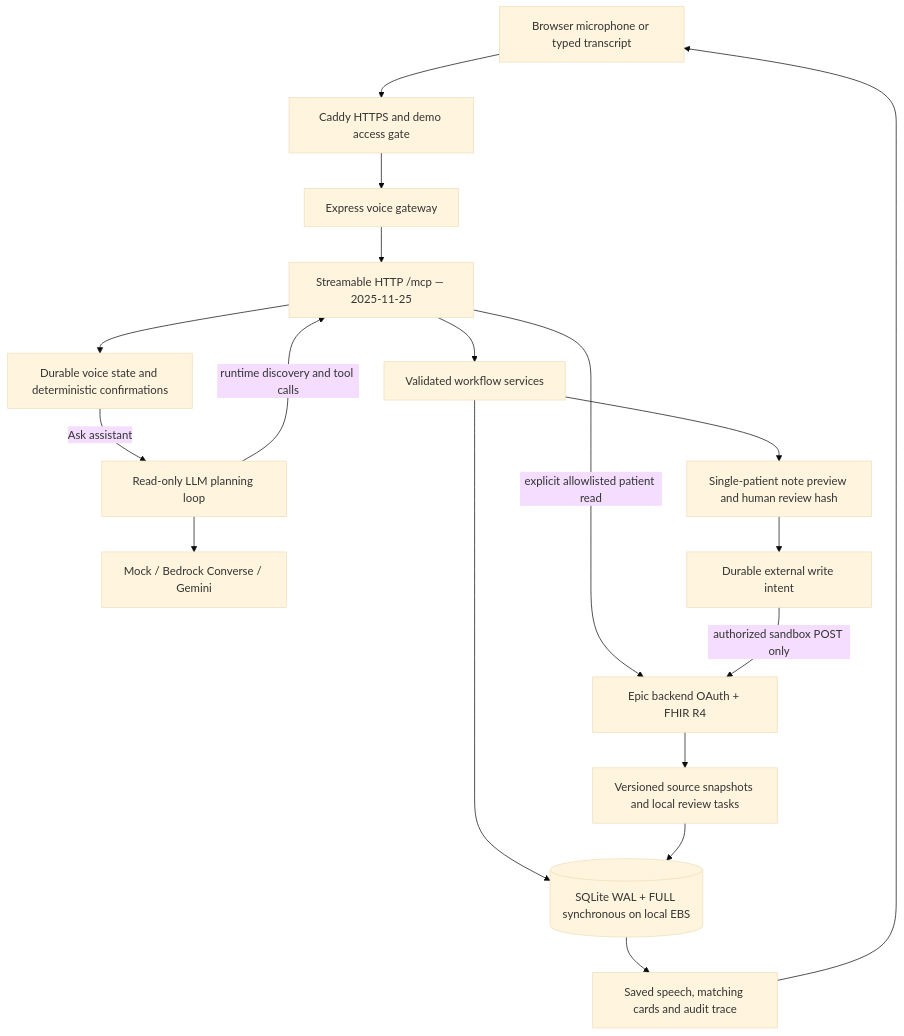
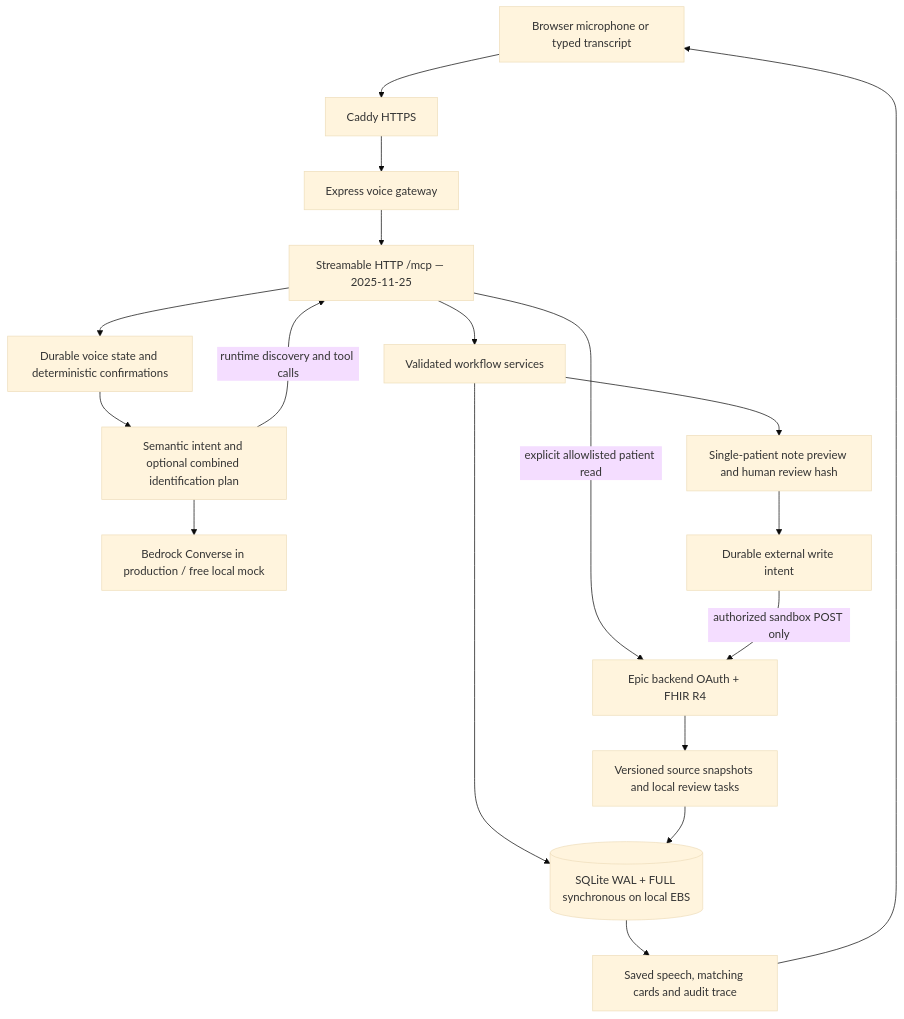
One commit to agrasenrai/dev_assist changed the diagram in deploy/ARCHITECTURE.md. Above: the diagram before and after it, drawn with Mermaid (base theme). The commit also changed other lines of this file and 24 other files, not shown here.

````diff
--- a/deploy/ARCHITECTURE.md
+++ b/deploy/ARCHITECTURE.md
@@ -5,20 +5,20 @@
 ```mermaid
 flowchart TD
-  Nurse[Browser microphone or typed transcript] --> TLS[Caddy HTTPS and demo access gate]
+  Nurse[Browser microphone or typed transcript] --> TLS[Caddy HTTPS]
   TLS --> Voice[Express voice gateway]
   Voice --> MCP[Streamable HTTP /mcp — 2025-11-25]
   MCP --> Router[Durable voice state and deterministic confirmations]
-  Router -->|Ask assistant| Agent[Read-only LLM planning loop]
-  Agent --> Model[Mock / Bedrock Converse / Gemini]
+  Router --> Agent[Semantic intent and optional combined identification plan]
+  Agent --> Model[Bedrock Converse in production / free local mock]
   Agent -->|runtime discovery and tool calls| MCP
   MCP --> Services[Validated workflow services]
   Services --> DB[(SQLite WAL + FULL synchronous on local EBS)]
   MCP -->|explicit allowlisted patient read| Epic[Epic backend OAuth + FHIR R4]
   Epic --> Snapshot[Versioned source snapshots and local review tasks]
   Snapshot --> DB
   DB --> Display[Saved speech, matching cards and audit trace]
   Display --> Nurse
   Services --> Review[Single-patient note preview and human review hash]
   Review --> Intent[Durable external write intent]
   Intent -->|authorized sandbox POST only| Epic
 ```
````
